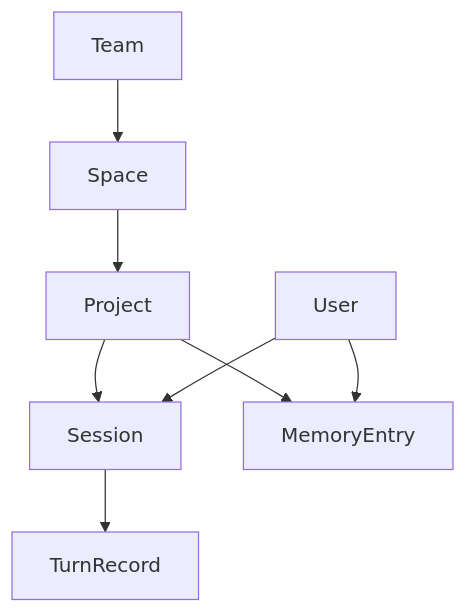
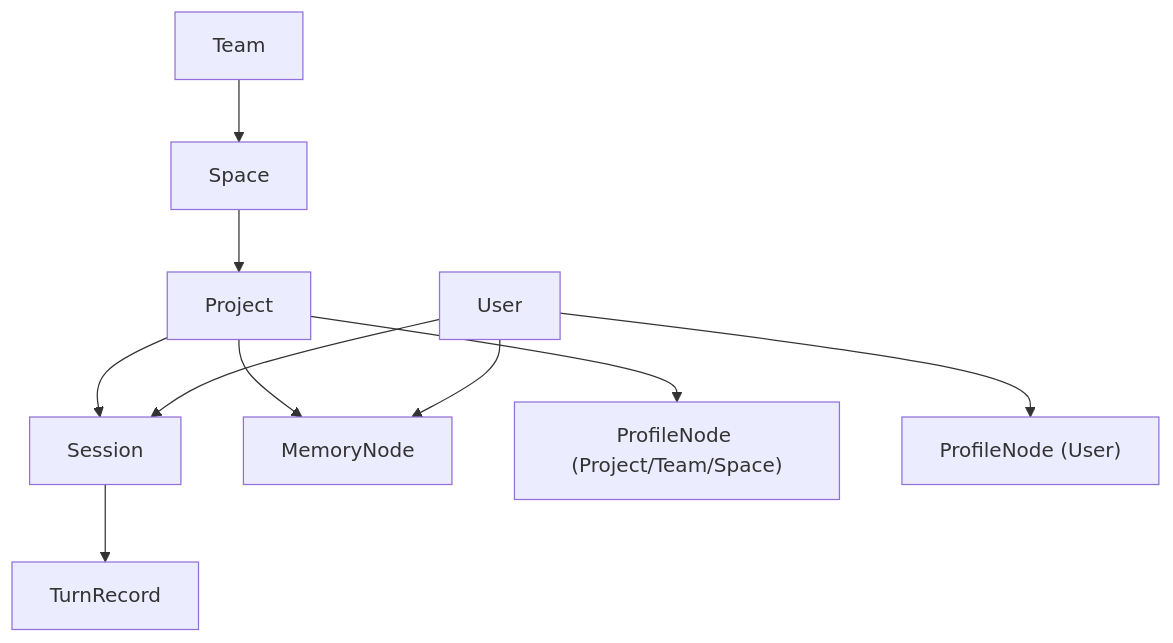
One commit to OpenVulcan/vulcan-memory-mesh changed the diagram in docs/hierarchy-grpc-design_CN.md. Above: the diagram before and after it, drawn with Mermaid. The commit also changed other lines of this file and 10 other files, not shown here.

````diff
--- a/docs/hierarchy-grpc-design_CN.md
+++ b/docs/hierarchy-grpc-design_CN.md
@@ -39,10 +46,12 @@
 ```mermaid
 flowchart TD
   A["Team"] --> B["Space"]
   B --> C["Project"]
   C --> D["Session"]
   D --> E["TurnRecord"]
-  C --> F["MemoryEntry"]
-  G["User"] --> D
-  G["User"] --> F
+  C --> F["MemoryNode"]
+  C --> G["ProfileNode (Project/Team/Space)"]
+  H["User"] --> D
+  H --> F
+  H --> I["ProfileNode (User)"]
 ```
````
